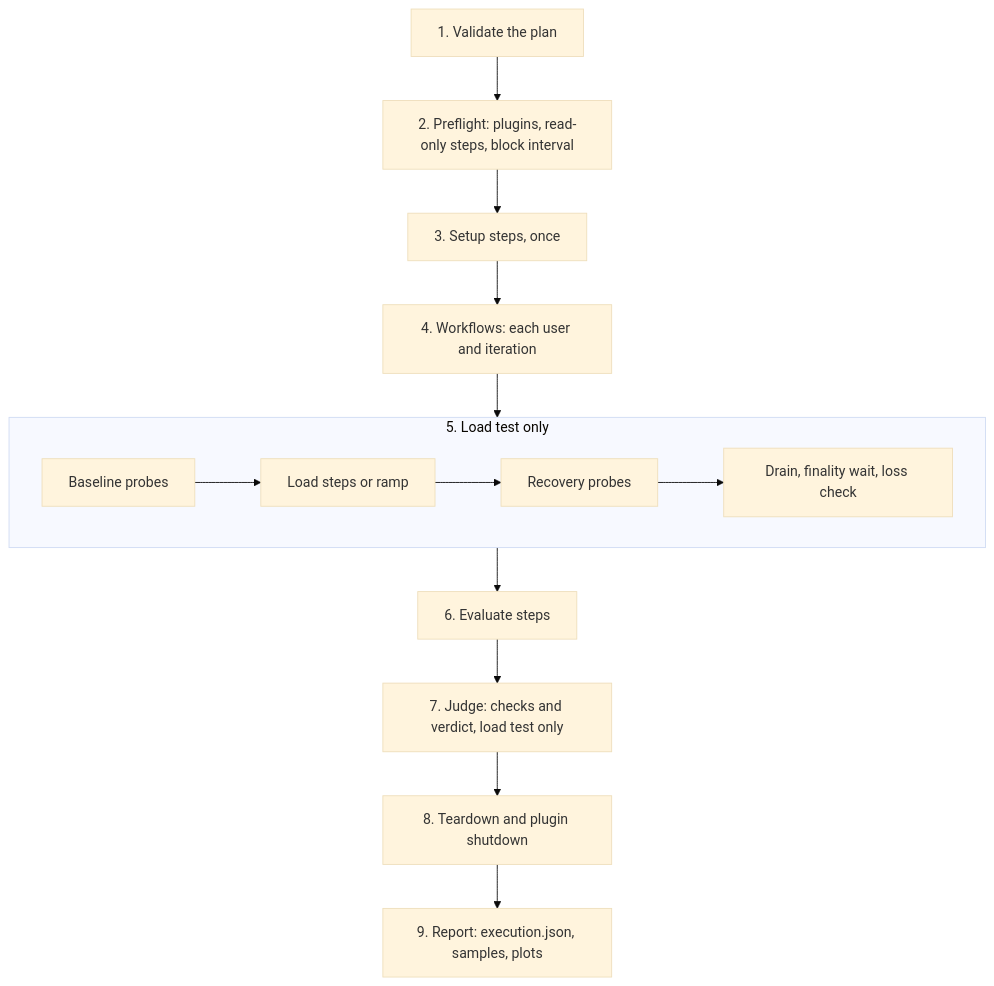
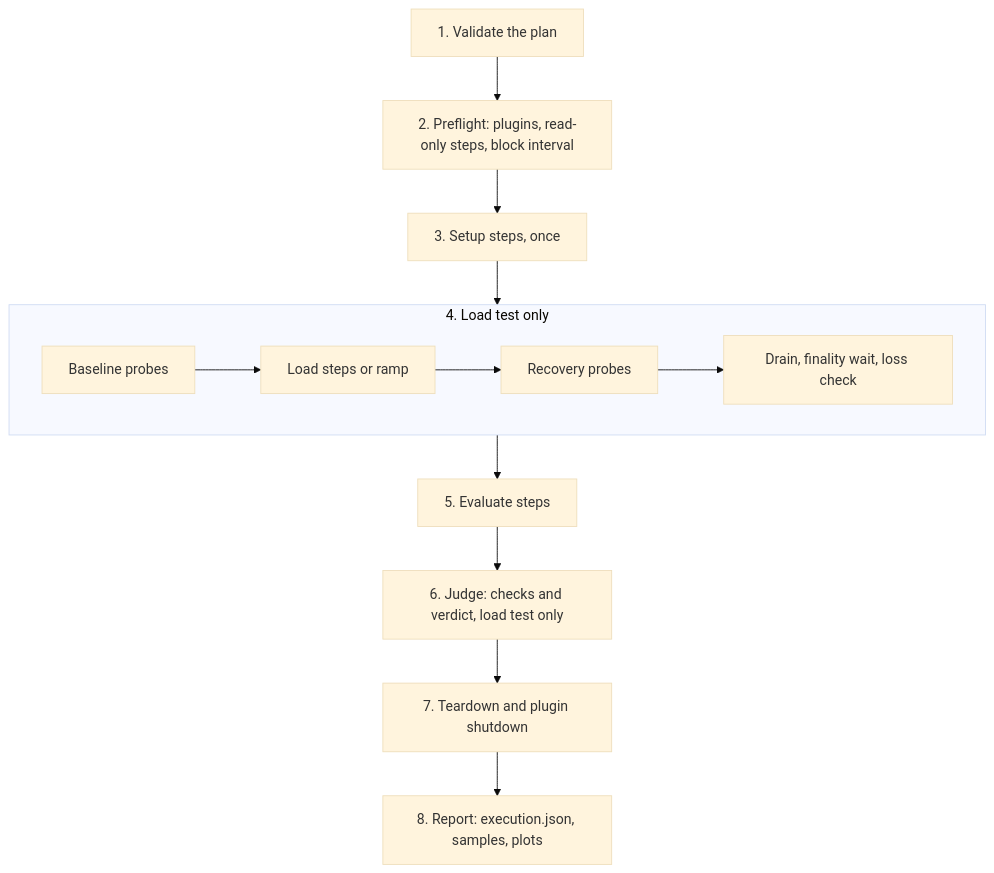
The diagram in docs/how-it-works.md (agustinustheo/polkameter), drawn with Mermaid (base theme) before and after one commit. The commit also changed other lines of this file and 22 other files, not shown here.

````diff
--- a/docs/how-it-works.md
+++ b/docs/how-it-works.md
@@ -9,15 +9,14 @@
 ```mermaid
 flowchart TD
   validate["1. Validate the plan"] --> preflight["2. Preflight: plugins, read-only steps, block interval"]
   preflight --> setup["3. Setup steps, once"]
-  setup --> workflows["4. Workflows: each user and iteration"]
-  workflows --> load
-  subgraph load["5. Load test only"]
+  setup --> load
+  subgraph load["4. Load test only"]
     direction LR
     baseline["Baseline probes"] --> ramp["Load steps or ramp"] --> recovery["Recovery probes"] --> loss["Drain, finality wait, loss check"]
   end
-  load --> evaluate["6. Evaluate steps"]
-  evaluate --> judge["7. Judge: checks and verdict, load test only"]
-  judge --> teardown["8. Teardown and plugin shutdown"]
-  teardown --> report["9. Report: execution.json, samples, plots"]
+  load --> evaluate["5. Evaluate steps"]
+  evaluate --> judge["6. Judge: checks and verdict, load test only"]
+  judge --> teardown["7. Teardown and plugin shutdown"]
+  teardown --> report["8. Report: execution.json, samples, plots"]
 ```
````
